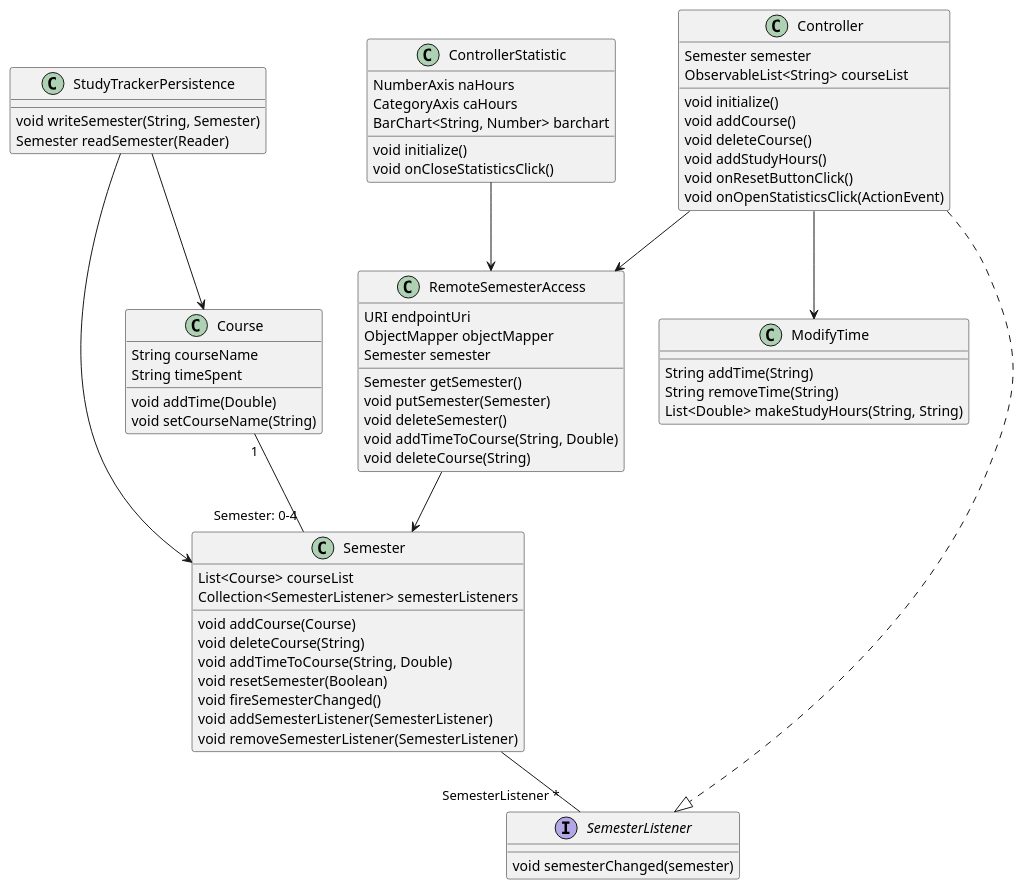
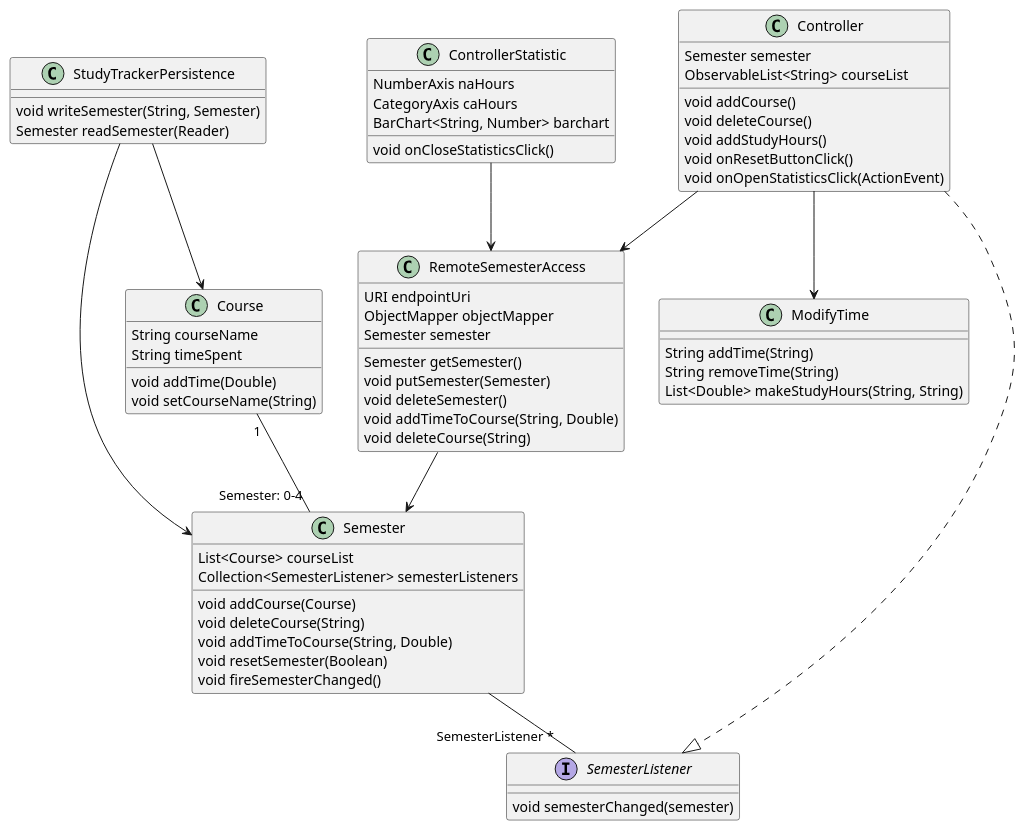
Before and after one commit to bmksimons/studytracker: the second of 4 diagrams in IT1901/README.md, drawn with PlantUML.

````diff
--- a/IT1901/README.md
+++ b/IT1901/README.md
@@ -104,71 +104,67 @@
 ```plantuml
 @startuml
 interface SemesterListener
 class Course
 class Semester
 class Controller
 class ControllerStatistic
 class RemoteSemesterAccess
 class ModifyTime
 class StudyTrackerPersistence
 
 Course "1" -- "Semester: 0-4" Semester
 Controller ..|> SemesterListener
 Semester -- "SemesterListener *" SemesterListener
 Controller --> RemoteSemesterAccess
 ControllerStatistic --> RemoteSemesterAccess
 Controller --> ModifyTime
 StudyTrackerPersistence --> Semester
 StudyTrackerPersistence --> Course
 RemoteSemesterAccess --> Semester
 
 Course : String courseName
 Course : String timeSpent
 Course : void addTime(Double)
 Course : void setCourseName(String)
 
 Semester : List<Course> courseList
 Semester : Collection<SemesterListener> semesterListeners
 Semester : void addCourse(Course)
 Semester : void deleteCourse(String)
 Semester : void addTimeToCourse(String, Double)
 Semester : void resetSemester(Boolean)
 Semester : void fireSemesterChanged()
-Semester : void addSemesterListener(SemesterListener)
-Semester : void removeSemesterListener(SemesterListener)
 
 SemesterListener : void semesterChanged(semester)
 
 Controller : Semester semester
 Controller : ObservableList<String> courseList
-Controller : void initialize()
 Controller : void addCourse()
 Controller : void deleteCourse()
 Controller : void addStudyHours()
 Controller : void onResetButtonClick()
 Controller : void onOpenStatisticsClick(ActionEvent)
 
 ControllerStatistic : NumberAxis naHours
 ControllerStatistic : CategoryAxis caHours
 ControllerStatistic : BarChart<String, Number> barchart
-ControllerStatistic : void initialize()
 ControllerStatistic : void onCloseStatisticsClick()
 
 RemoteSemesterAccess : URI endpointUri
 RemoteSemesterAccess : ObjectMapper objectMapper
 RemoteSemesterAccess : Semester semester
 RemoteSemesterAccess : Semester getSemester()
 RemoteSemesterAccess : void putSemester(Semester)
 RemoteSemesterAccess : void deleteSemester()
 RemoteSemesterAccess : void addTimeToCourse(String, Double)
 RemoteSemesterAccess : void deleteCourse(String)
 
 ModifyTime : String addTime(String)
 ModifyTime : String removeTime(String)
 ModifyTime : List<Double> makeStudyHours(String, String)
 
 StudyTrackerPersistence : void writeSemester(String, Semester)
 StudyTrackerPersistence : Semester readSemester(Reader)
 
 @enduml
 ```
````
